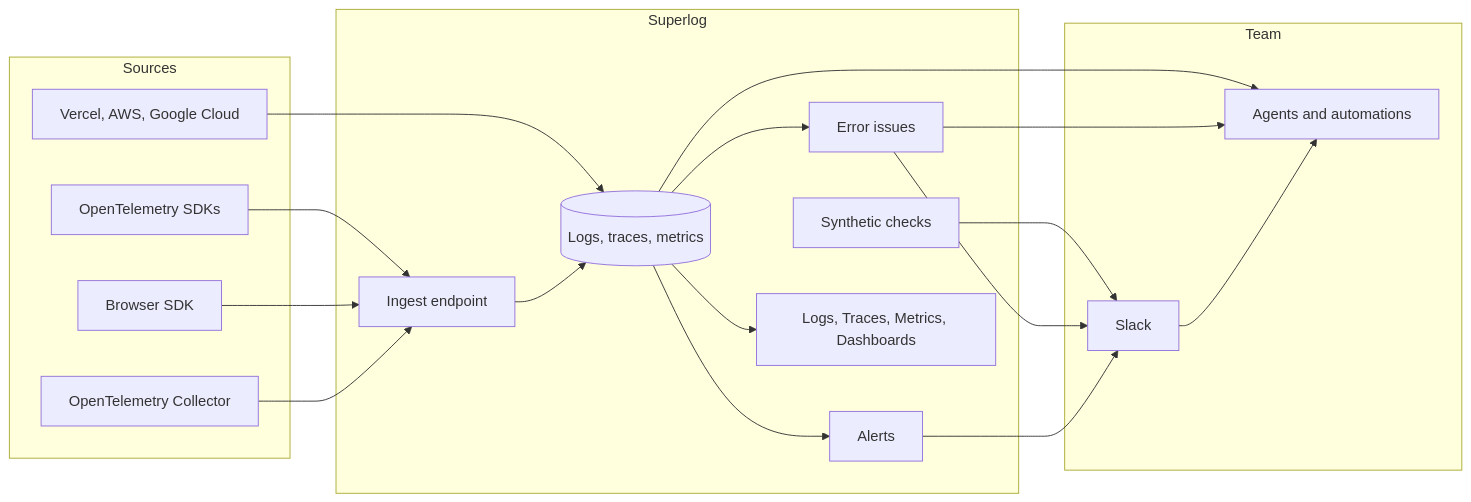
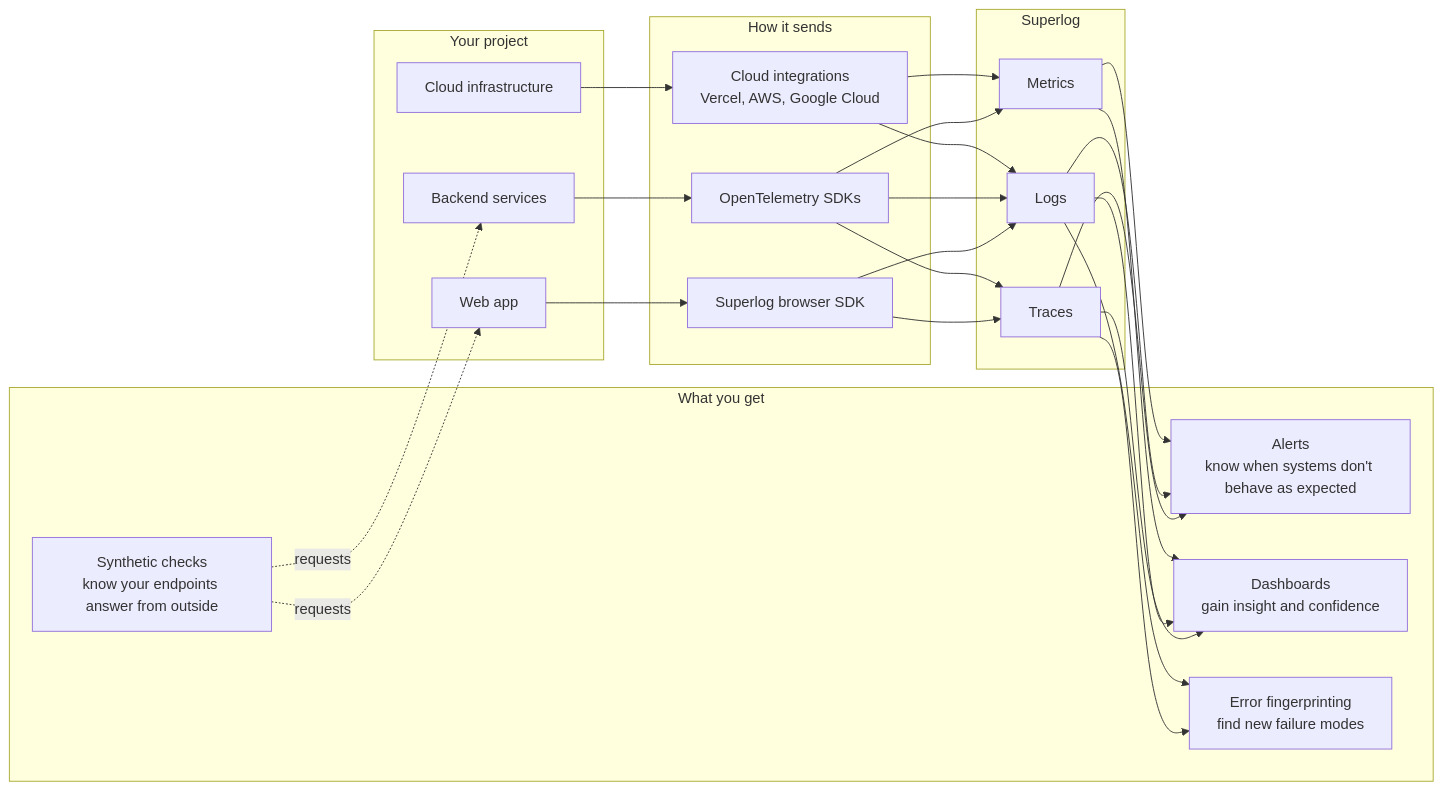
The diagram in overview.mdx (superloglabs/documentation), drawn with Mermaid before and after one commit. The commit also changed other lines of this file, not shown here.

Commit message:
Show how a project uses telemetry in the overview diagram
The diagram now goes from a project's web app, backend services, and cloud
infrastructure, through the browser SDK, OpenTelemetry, and cloud
integrations, to traces, logs, and metrics, and on to alerts, dashboards,
error fingerprinting, and synthetic checks.

````diff
--- a/overview.mdx
+++ b/overview.mdx
@@ -13,38 +15,48 @@
 ```mermaid
 flowchart LR
-  subgraph Sources
-    SDK[OpenTelemetry SDKs]
-    Browser[Browser SDK]
-    Collector[OpenTelemetry Collector]
-    Cloud[Vercel, AWS, Google Cloud]
+  subgraph project[Your project]
+    web[Web app]
+    backend[Backend services]
+    infra[Cloud infrastructure]
   end
 
-  subgraph Superlog
-    Ingest[Ingest endpoint]
-    Store[(Logs, traces, metrics)]
-    Errors[Error issues]
-    Alerts[Alerts]
-    Synthetics[Synthetic checks]
-    Explore[Logs, Traces, Metrics, Dashboards]
+  subgraph send[How it sends]
+    browserSdk[Superlog browser SDK]
+    otel[OpenTelemetry SDKs]
+    cloud[Cloud integrations<br/>Vercel, AWS, Google Cloud]
   end
 
-  subgraph Team
-    Slack[Slack]
-    Agents[Agents and automations]
+  subgraph superlog[Superlog]
+    traces[Traces]
+    logs[Logs]
+    metrics[Metrics]
   end
 
-  SDK --> Ingest
-  Browser --> Ingest
-  Collector --> Ingest
-  Cloud --> Store
-  Ingest --> Store
-  Store --> Errors
-  Store --> Alerts
-  Store --> Explore
-  Synthetics --> Slack
-  Errors --> Slack
-  Alerts --> Slack
-  Store --> Agents
-  Errors --> Agents
-  Slack --> Agents
+  subgraph outcomes[What you get]
+    alerts[Alerts<br/>know when systems don't behave as expected]
+    dashboards[Dashboards<br/>gain insight and confidence]
+    errors[Error fingerprinting<br/>find new failure modes]
+    synthetics[Synthetic checks<br/>know your endpoints answer from outside]
+  end
+
+  web --> browserSdk
+  backend --> otel
+  infra --> cloud
+  browserSdk --> traces
+  browserSdk --> logs
+  otel --> traces
+  otel --> logs
+  otel --> metrics
+  cloud --> logs
+  cloud --> metrics
+  traces --> alerts
+  logs --> alerts
+  metrics --> alerts
+  traces --> dashboards
+  logs --> dashboards
+  metrics --> dashboards
+  traces --> errors
+  logs --> errors
+  synthetics -.->|requests| web
+  synthetics -.->|requests| backend
 ```
````
